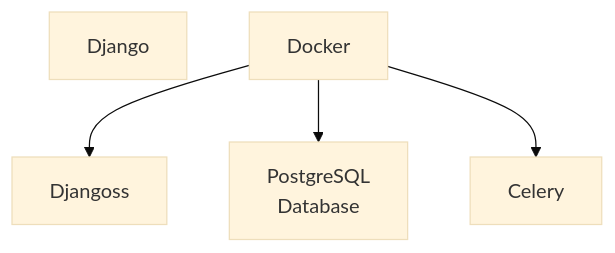
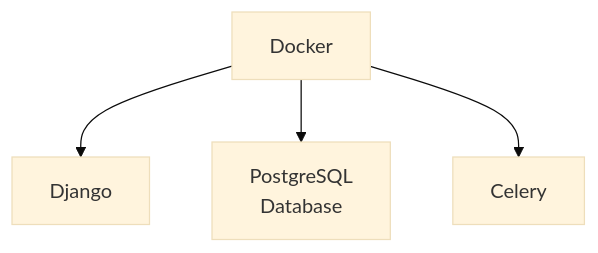
Before and after one commit to unicef-drp/GeoSight-OS-Documentation: the diagram in src/developer/architecture-overview.md, drawn with Mermaid (base theme). The commit also changed other lines of this file and 1 other file, not shown here.

````diff
--- a/src/developer/architecture-overview.md
+++ b/src/developer/architecture-overview.md
@@ -28,10 +26,9 @@
 ```mermaid
 graph TD
-    Django["Django"]
     PostgreSQL["PostgreSQL<br>Database"]
     Docker["Docker"]
 
-    Docker --> Djangoss
+    Docker --> Django
     Docker --> PostgreSQL
     Docker --> Celery    
 ```
````
